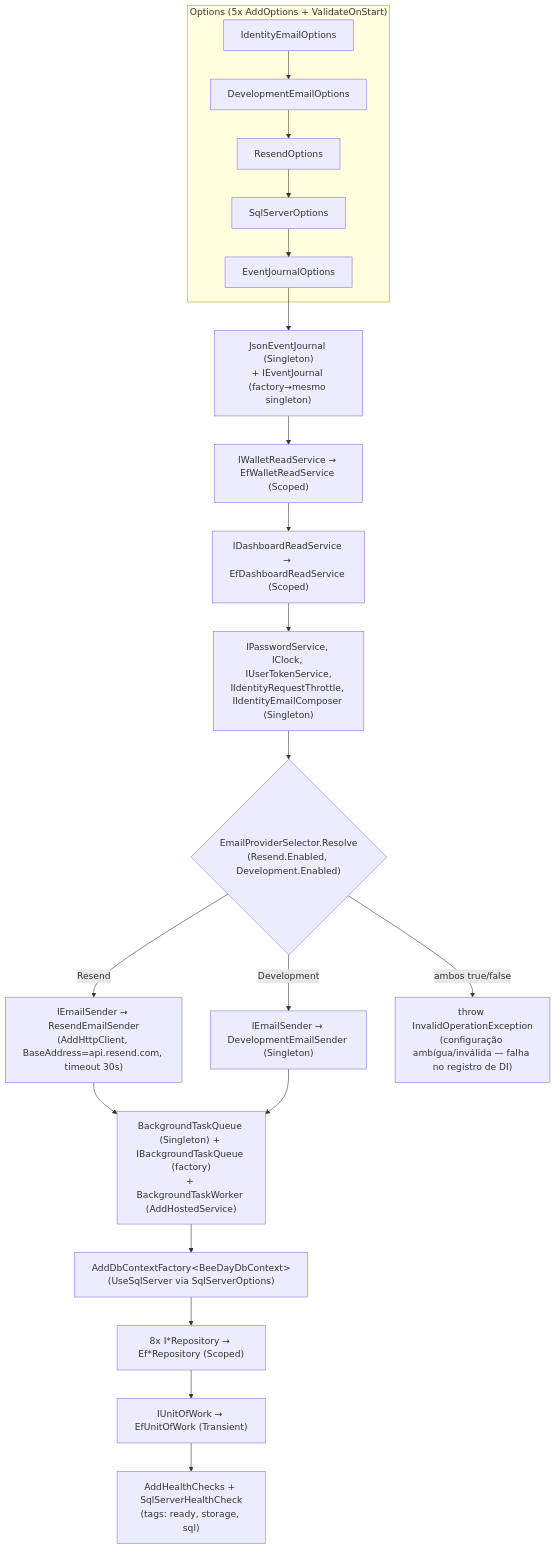
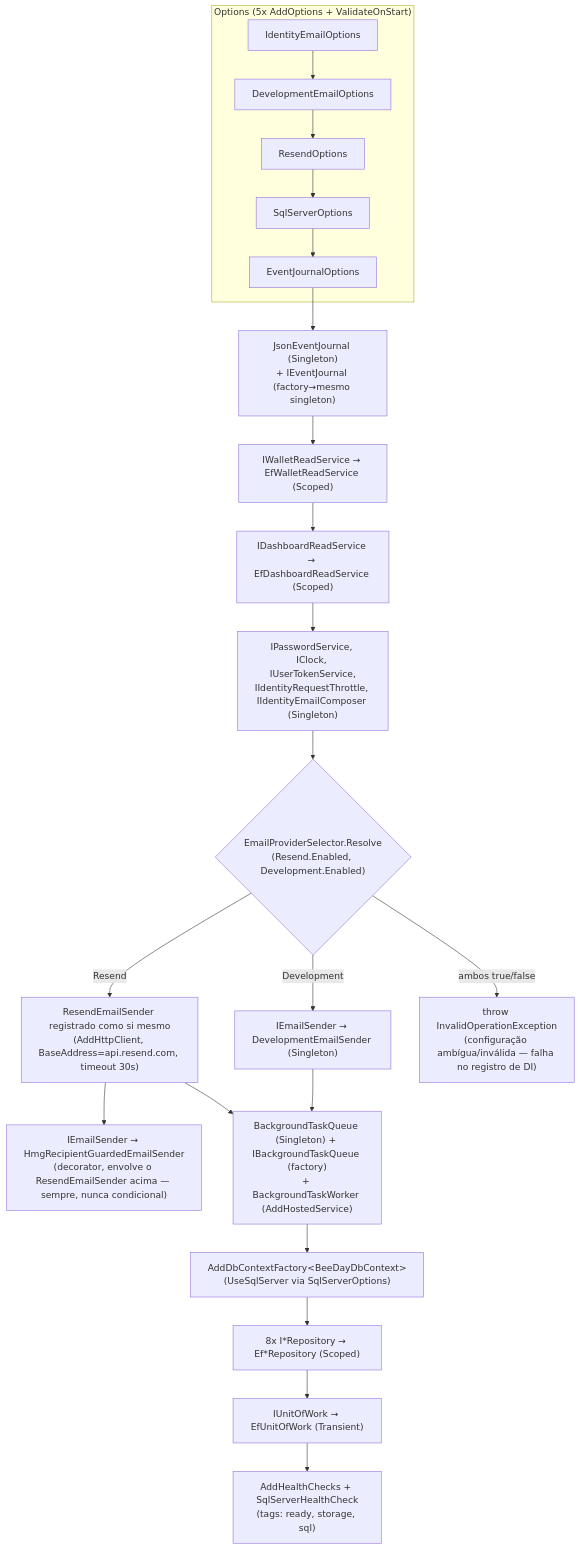
Before and after one commit to DS-Asyst/BeeDay: the first of 2 diagrams in docs/infrastructure/05-dependency-injection.md, drawn with Mermaid. The commit also changed other lines of this file and 11 other files, not shown here.

````diff
--- a/docs/infrastructure/05-dependency-injection.md
+++ b/docs/infrastructure/05-dependency-injection.md
@@ -34,20 +42,21 @@
 ```mermaid
 flowchart TD
     subgraph "Options (5x AddOptions + ValidateOnStart)"
         O1[IdentityEmailOptions] --> O2[DevelopmentEmailOptions] --> O3[ResendOptions] --> O4[SqlServerOptions] --> O5[EventJournalOptions]
     end
     O5 --> S1["JsonEventJournal (Singleton)<br/>+ IEventJournal (factory→mesmo singleton)"]
     S1 --> S2["IWalletReadService → EfWalletReadService (Scoped)"]
     S2 --> S3["IDashboardReadService → EfDashboardReadService (Scoped)"]
     S3 --> S4["IPasswordService, IClock, IUserTokenService,<br/>IIdentityRequestThrottle, IIdentityEmailComposer (Singleton)"]
     S4 --> E{"EmailProviderSelector.Resolve<br/>(Resend.Enabled, Development.Enabled)"}
-    E -->|Resend| E1["IEmailSender → ResendEmailSender<br/>(AddHttpClient, BaseAddress=api.resend.com, timeout 30s)"]
+    E -->|Resend| E1["ResendEmailSender registrado como si mesmo<br/>(AddHttpClient, BaseAddress=api.resend.com, timeout 30s)"]
+    E1 --> E1G["IEmailSender → HmgRecipientGuardedEmailSender<br/>(decorator, envolve o ResendEmailSender acima — sempre, nunca condicional)"]
     E -->|Development| E2["IEmailSender → DevelopmentEmailSender (Singleton)"]
     E -->|ambos true/false| EX["throw InvalidOperationException<br/>(configuração ambígua/inválida — falha no registro de DI)"]
     E1 --> B1["BackgroundTaskQueue (Singleton) + IBackgroundTaskQueue (factory)<br/>+ BackgroundTaskWorker (AddHostedService)"]
     E2 --> B1
     B1 --> D1["AddDbContextFactory&lt;BeeDayDbContext&gt;<br/>(UseSqlServer via SqlServerOptions)"]
     D1 --> R1["8x I*Repository → Ef*Repository (Scoped)"]
     R1 --> U1["IUnitOfWork → EfUnitOfWork (Transient)"]
     U1 --> H1["AddHealthChecks + SqlServerHealthCheck<br/>(tags: ready, storage, sql)"]
 ```
````
